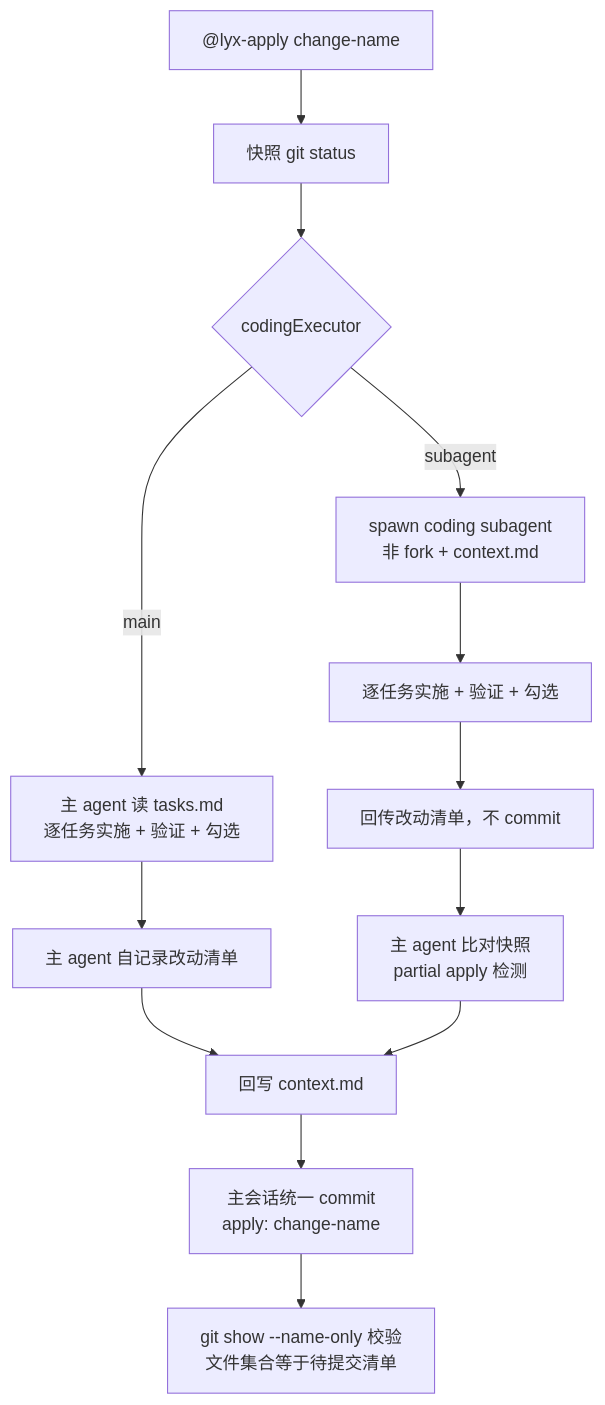
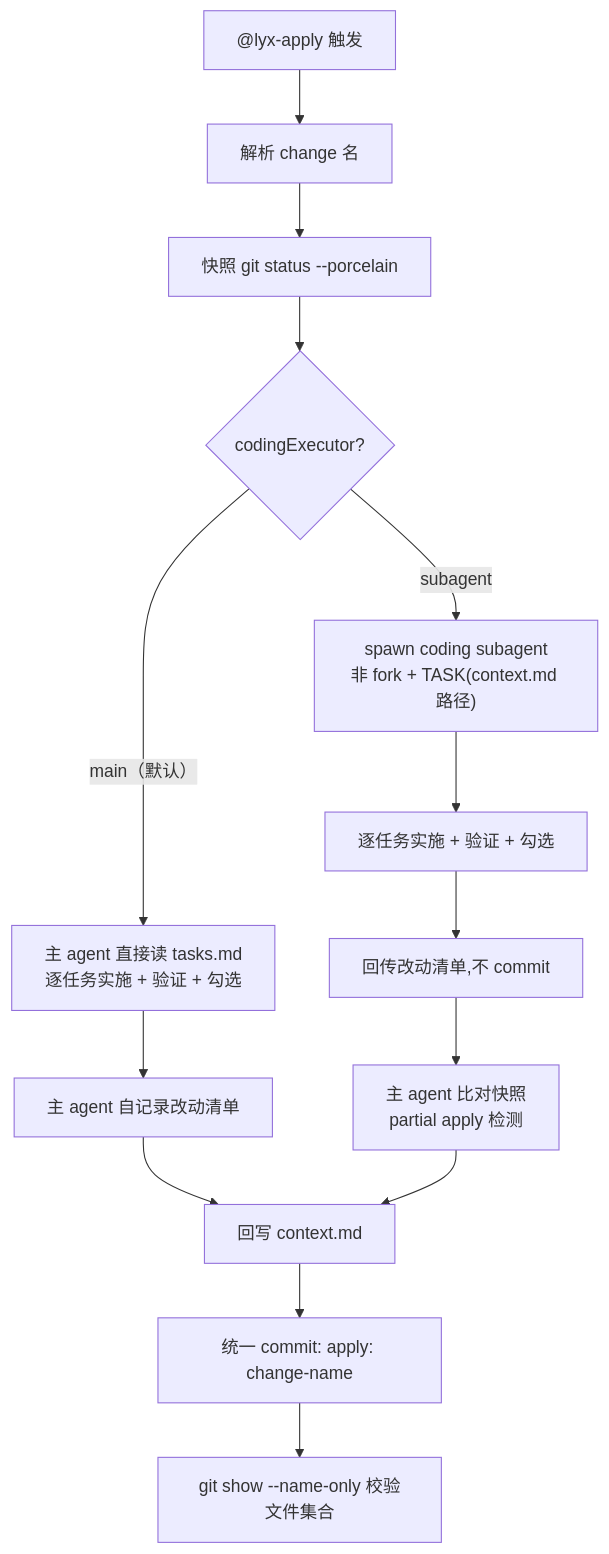
Before and after one commit to FE-runner/ly-workflow-codex: the third of 4 diagrams in workflow.md, drawn with Mermaid. The commit also changed other lines of this file and 24 other files, not shown here.

Commit message:
apply: switchable-executor-flow

````diff
--- a/workflow.md
+++ b/workflow.md
@@ -87,18 +77,19 @@
 ```mermaid
 flowchart TD
-    Start["@lyx-apply change-name"] --> Snap["快照 git status"]
-    Snap --> Dec{"codingExecutor"}
+    AStart["@lyx-apply 触发"] --> Resolve["解析 change 名"]
+    Resolve --> Snapshot["快照 git status --porcelain"]
+    Snapshot --> AExec{"codingExecutor?"}
 
-    Dec -->|main| M1["主 agent 读 tasks.md<br/>逐任务实施 + 验证 + 勾选"]
-    M1 --> M2["主 agent 自记录改动清单"]
-    M2 --> M3["回写 context.md"]
+    AExec -->|main（默认）| AM1["主 agent 直接读 tasks.md<br/>逐任务实施 + 验证 + 勾选"]
+    AM1 --> AM2["主 agent 自记录改动清单"]
 
-    Dec -->|subagent| S1["spawn coding subagent<br/>非 fork + context.md"]
-    S1 --> S2["逐任务实施 + 验证 + 勾选"]
-    S2 --> S3["回传改动清单，不 commit"]
-    S3 --> S4["主 agent 比对快照<br/>partial apply 检测"]
-    S4 --> M3
+    AExec -->|subagent| AS1["spawn coding subagent<br/>非 fork + TASK(context.md 路径)"]
+    AS1 --> AS2["逐任务实施 + 验证 + 勾选"]
+    AS2 --> AS3["回传改动清单,不 commit"]
+    AS3 --> AS4["主 agent 比对快照<br/>partial apply 检测"]
 
-    M3 --> Commit["主会话统一 commit<br/>apply: change-name"]
-    Commit --> Verify["git show --name-only 校验<br/>文件集合等于待提交清单"]
+    AM2 --> ACtx["回写 context.md"]
+    AS4 --> ACtx
+    ACtx --> ACommit["统一 commit: apply: change-name"]
+    ACommit --> AVerify["git show --name-only 校验文件集合"]
 ```
````
